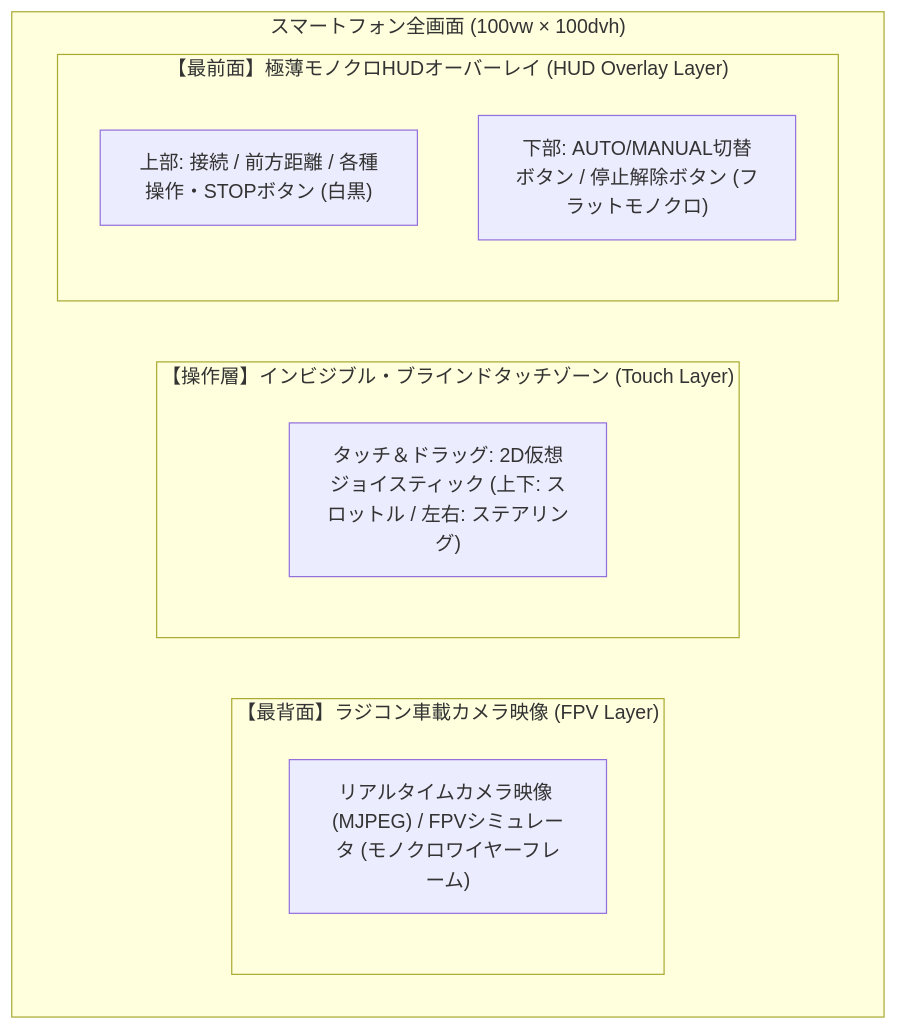
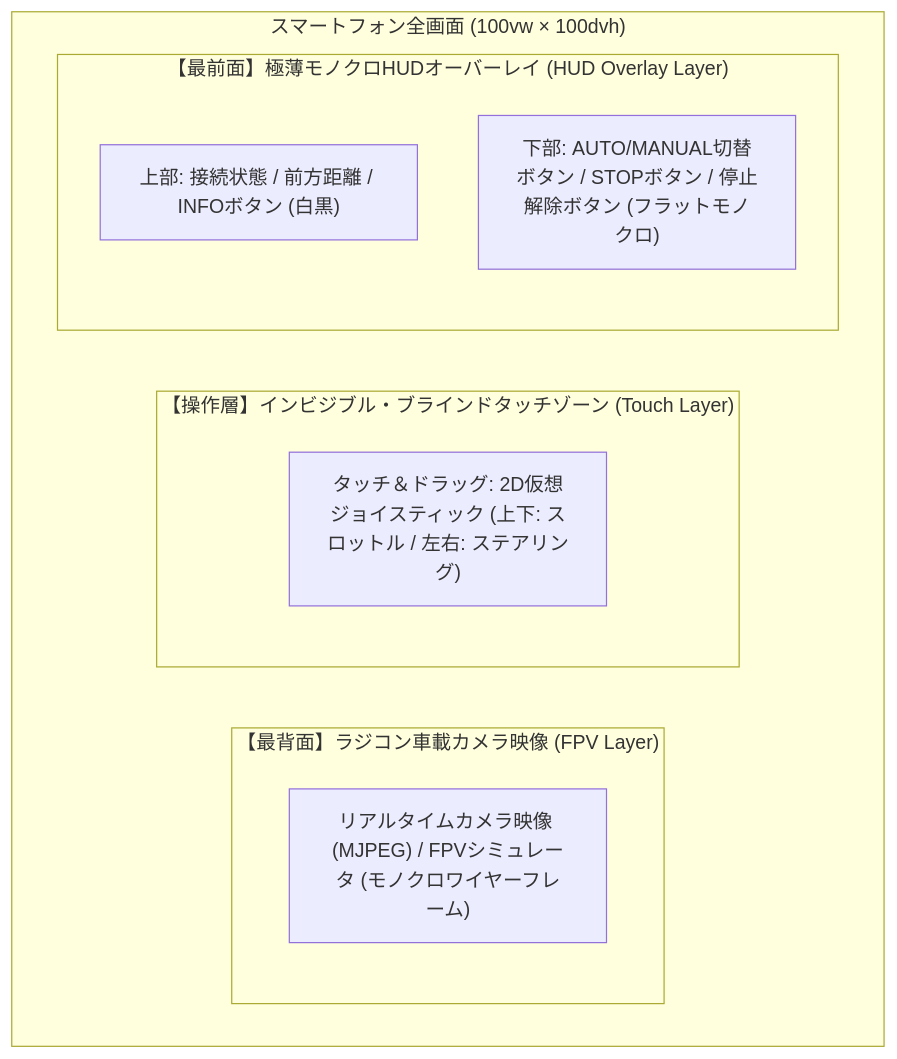
Before and after one commit to tut-cc/mini-4wd-webapp: the first of 3 diagrams in docs/ui-spec.md, drawn with Mermaid. The commit also changed other lines of this file and 5 other files, not shown here.

````diff
--- a/docs/ui-spec.md
+++ b/docs/ui-spec.md
@@ -11,15 +11,15 @@
 ```mermaid
 flowchart TB
     subgraph Viewport["スマートフォン全画面 (100vw × 100dvh)"]
         subgraph Layer1["【最背面】ラジコン車載カメラ映像 (FPV Layer)"]
             L1["リアルタイムカメラ映像 (MJPEG) / FPVシミュレータ (モノクロワイヤーフレーム)"]
         end
         subgraph Layer2["【操作層】インビジブル・ブラインドタッチゾーン (Touch Layer)"]
             L2["タッチ＆ドラッグ: 2D仮想ジョイスティック (上下: スロットル / 左右: ステアリング)"]
         end
         subgraph Layer3["【最前面】極薄モノクロHUDオーバーレイ (HUD Overlay Layer)"]
-            L3A["上部: 接続 / 前方距離 / 各種操作・STOPボタン (白黒)"]
-            L3C["下部: AUTO/MANUAL切替ボタン / 停止解除ボタン (フラットモノクロ)"]
+            L3A["上部: 接続状態 / 前方距離 / INFOボタン (白黒)"]
+            L3C["下部: AUTO/MANUAL切替ボタン / STOPボタン / 停止解除ボタン (フラットモノクロ)"]
         end
     end
 ```
````
